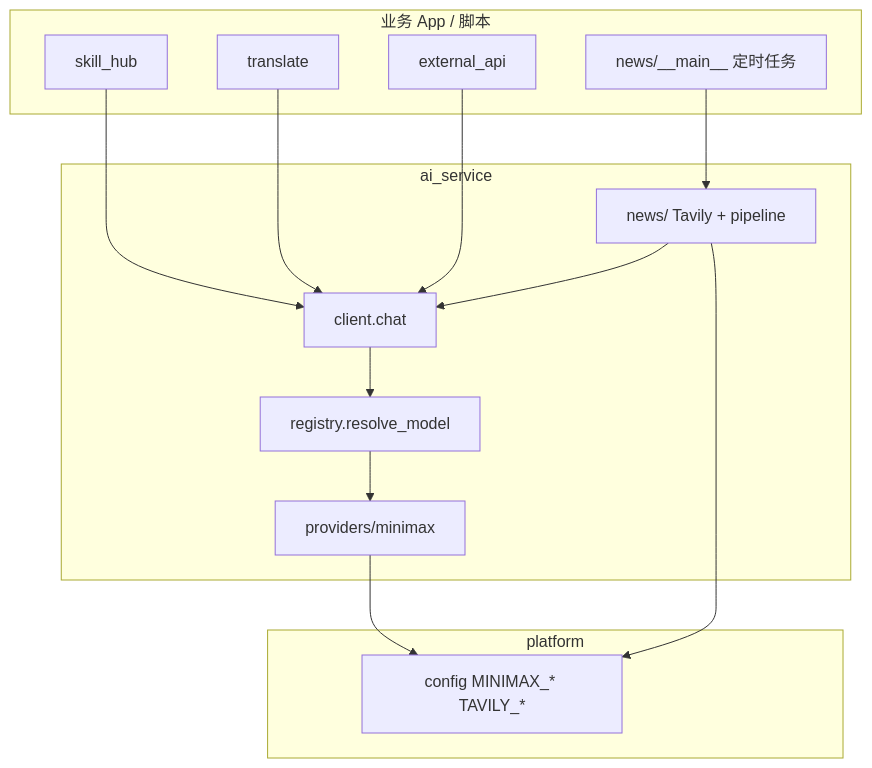
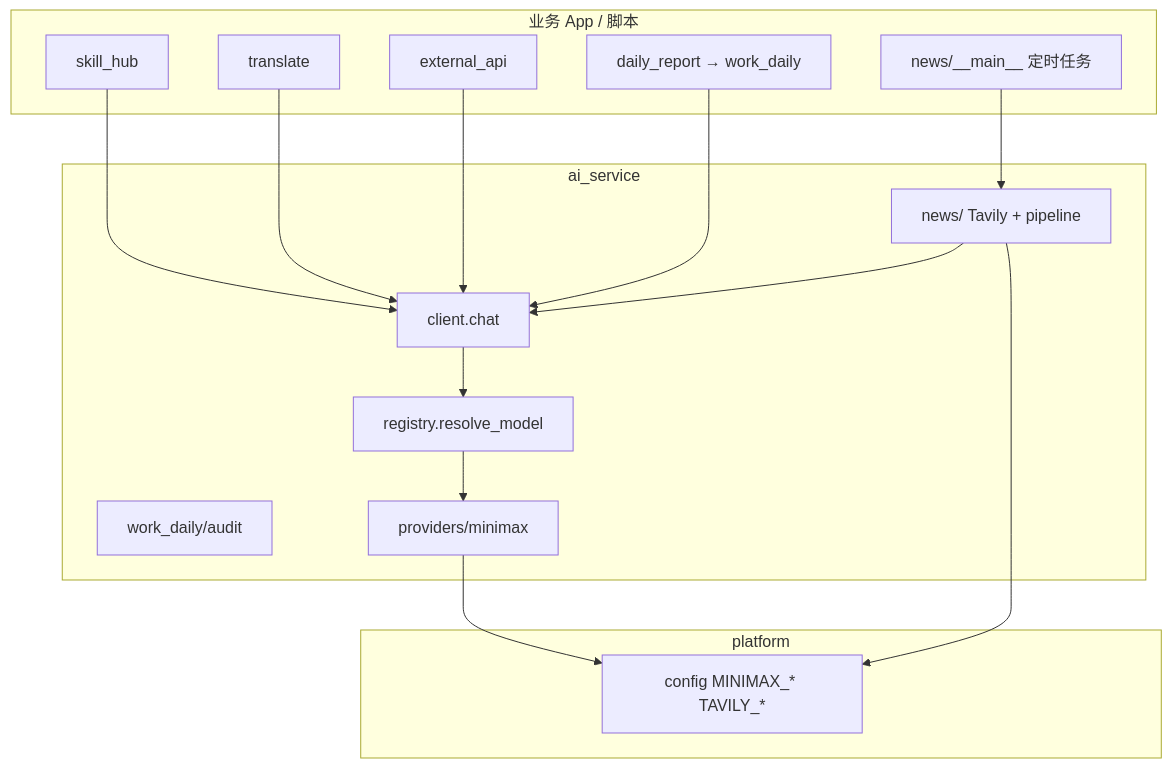
One commit to StupidArthur/testai_community changed the diagram in doc/dev/modules/ai_service.md. Above: the diagram before and after it, drawn with Mermaid. The commit also changed other lines of this file and 37 other files, not shown here.

````diff
--- a/doc/dev/modules/ai_service.md
+++ b/doc/dev/modules/ai_service.md
@@ -10,30 +10,33 @@
 ```mermaid
 flowchart TB
   subgraph Consumers["业务 App / 脚本"]
     Skill["skill_hub"]
     Trans["translate"]
     Ext["external_api"]
+    Daily["daily_report → work_daily"]
     Script["news/__main__ 定时任务"]
   end
 
   subgraph AIS["ai_service"]
     Client["client.chat"]
+    WorkDaily["work_daily/audit"]
     Reg["registry.resolve_model"]
     Prov["providers/minimax"]
     News["news/ Tavily + pipeline"]
   end
 
   subgraph Plat["platform"]
     CFG["config MINIMAX_* TAVILY_*"]
   end
 
+  Daily --> Client
   Skill --> Client
   Trans --> Client
   Ext --> Client
   Script --> News
   News --> Client
   Client --> Reg
   Reg --> Prov
   News --> CFG
   Prov --> CFG
 ```
````
